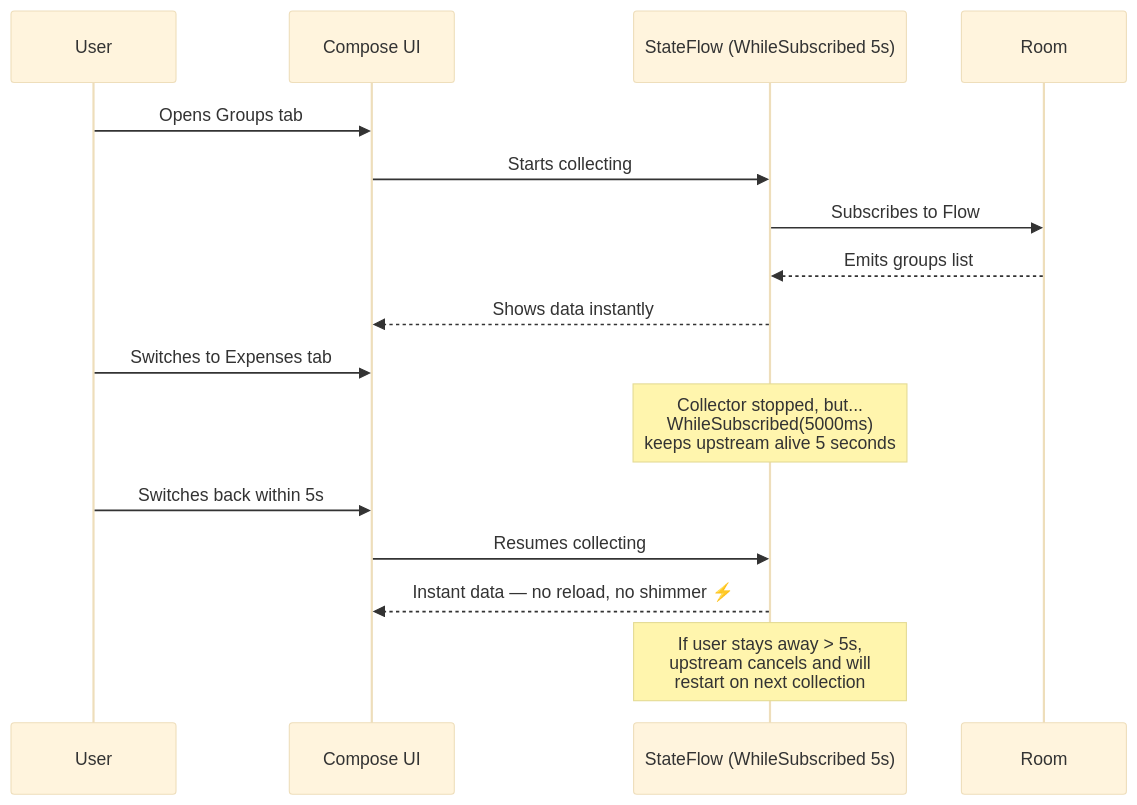
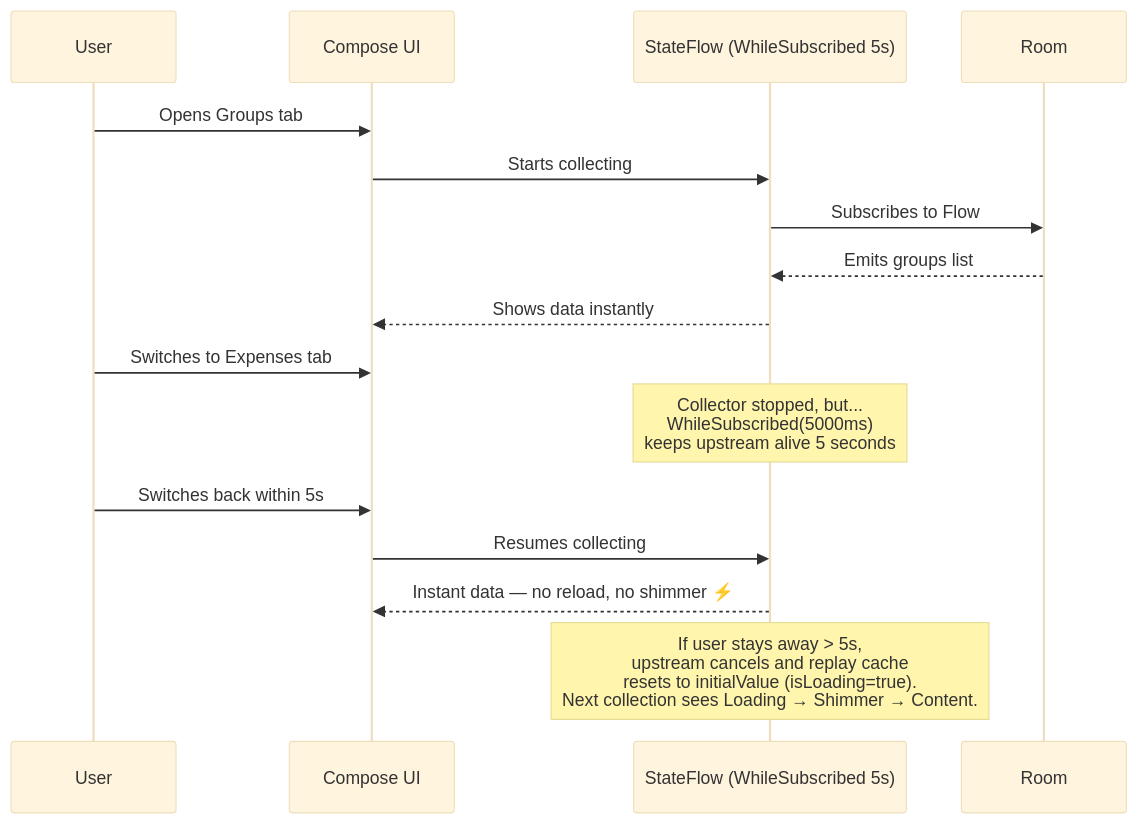
Before and after one commit to pedrazamiguez/expense-share-app: diagram 27 of 27 in wiki/architecture-diagrams.md, drawn with Mermaid (base theme). The commit also changed other lines of this file and 13 other files, not shown here.

````diff
--- a/wiki/architecture-diagrams.md
+++ b/wiki/architecture-diagrams.md
@@ -941,22 +941,22 @@
 ```mermaid
 sequenceDiagram
     participant User
     participant Compose as Compose UI
     participant SF as StateFlow (WhileSubscribed 5s)
     participant Room
 
     User->>Compose: Opens Groups tab
     Compose->>SF: Starts collecting
     SF->>Room: Subscribes to Flow
     Room-->>SF: Emits groups list
     SF-->>Compose: Shows data instantly
 
     User->>Compose: Switches to Expenses tab
     Note over SF: Collector stopped, but...<br/>WhileSubscribed(5000ms)<br/>keeps upstream alive 5 seconds
 
     User->>Compose: Switches back within 5s
     Compose->>SF: Resumes collecting
     SF-->>Compose: Instant data — no reload, no shimmer ⚡
 
-    Note over SF: If user stays away > 5s,<br/>upstream cancels and will<br/>restart on next collection
+    Note over SF: If user stays away > 5s,<br/>upstream cancels and replay cache<br/>resets to initialValue (isLoading=true).<br/>Next collection sees Loading → Shimmer → Content.
 ```
````
